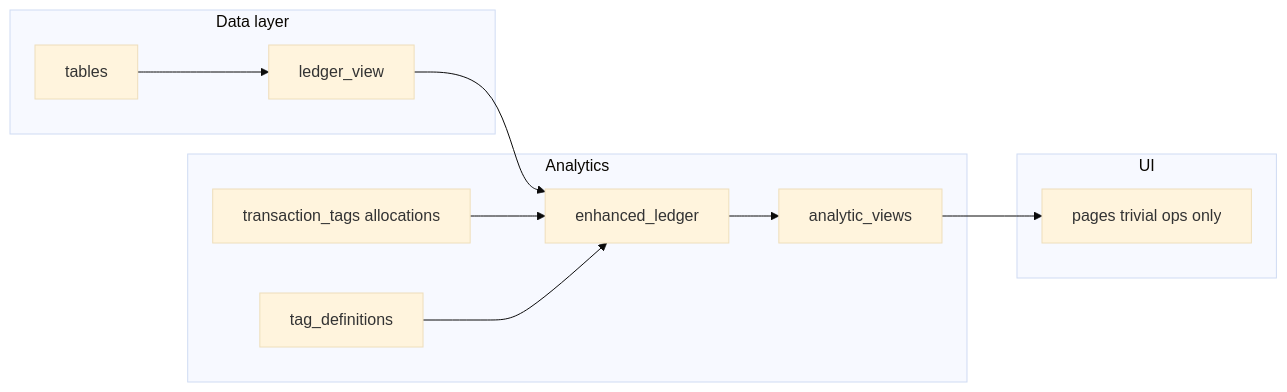
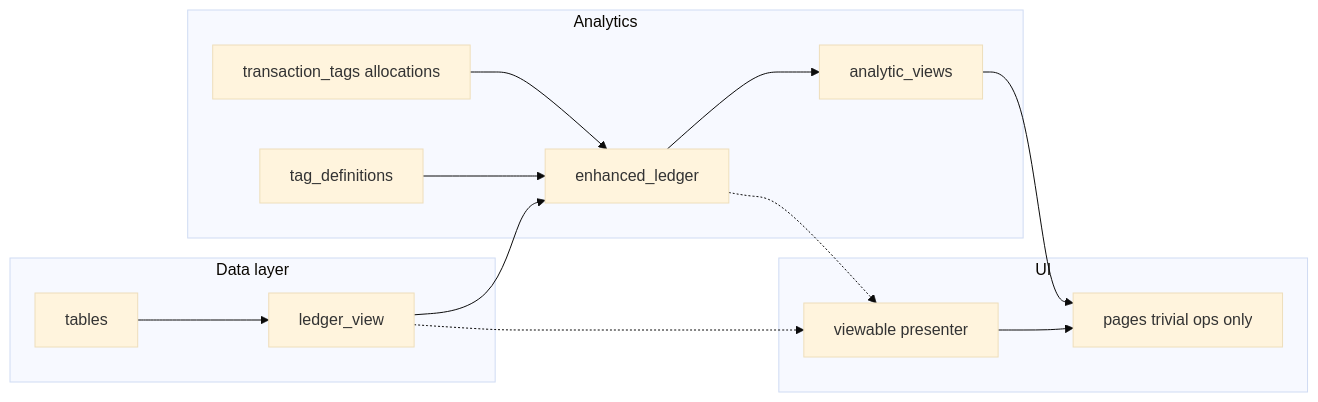
The first of 2 diagrams in docs/architecture.md (dabraude/flathold), drawn with Mermaid (base theme) before and after one commit. The commit also changed other lines of this file and 11 other files, not shown here.

````diff
--- a/docs/architecture.md
+++ b/docs/architecture.md
@@ -43,22 +45,26 @@
 ```mermaid
 flowchart LR
   subgraph data_layer [Data layer]
     Tables[tables]
     BaseLedger[ledger_view]
     Tables --> BaseLedger
   end
   subgraph analytics_layer [Analytics]
     Enhanced[enhanced_ledger]
     Views[analytic_views]
     BaseLedger --> Enhanced
     TagsAlloc[transaction_tags allocations]
     TagMeta[tag_definitions]
     TagsAlloc --> Enhanced
     TagMeta --> Enhanced
     Enhanced --> Views
   end
   subgraph ui_layer [UI]
+    Viewable[viewable presenter]
     Pages[pages trivial ops only]
     Views --> Pages
+    BaseLedger -.-> Viewable
+    Enhanced -.-> Viewable
+    Viewable --> Pages
   end
 ```
````
